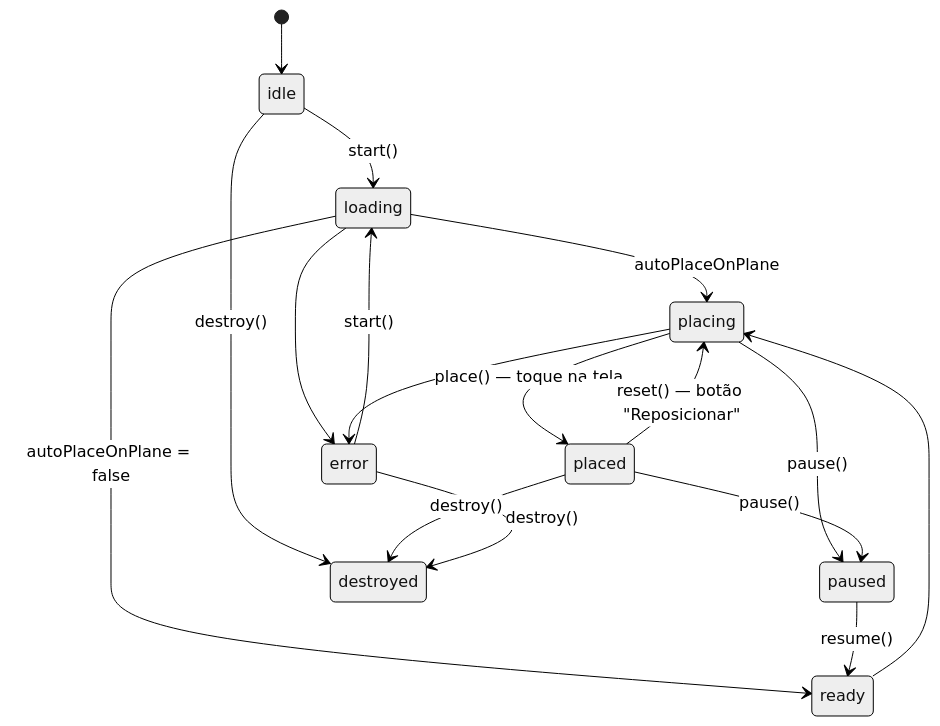
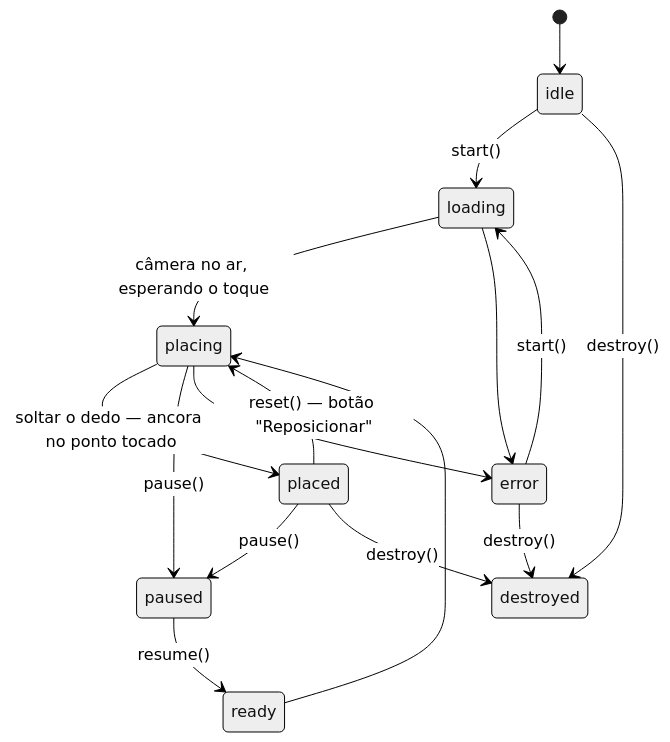
One commit to phr31/3DWebAR changed the second of 2 diagrams in README.md. Above: the diagram before and after it, drawn with Mermaid (neutral theme). The commit also changed other lines of this file and 13 other files, not shown here.

````diff
--- a/README.md
+++ b/README.md
@@ -639,19 +648,18 @@
 ```mermaid
 stateDiagram-v2
     [*] --> idle
     idle --> loading: start()
-    loading --> placing: autoPlaceOnPlane
-    loading --> ready: autoPlaceOnPlane = false
+    loading --> placing: câmera no ar, esperando o toque
     ready --> placing
-    placing --> placed: place() — toque na tela
+    placing --> placed: soltar o dedo — ancora no ponto tocado
     placed --> placing: reset() — botão "Reposicionar"
     placing --> paused: pause()
     placed --> paused: pause()
     paused --> ready: resume()
     loading --> error
     placing --> error
     error --> loading: start()
     idle --> destroyed: destroy()
     placed --> destroyed: destroy()
     error --> destroyed: destroy()
 ```
````
